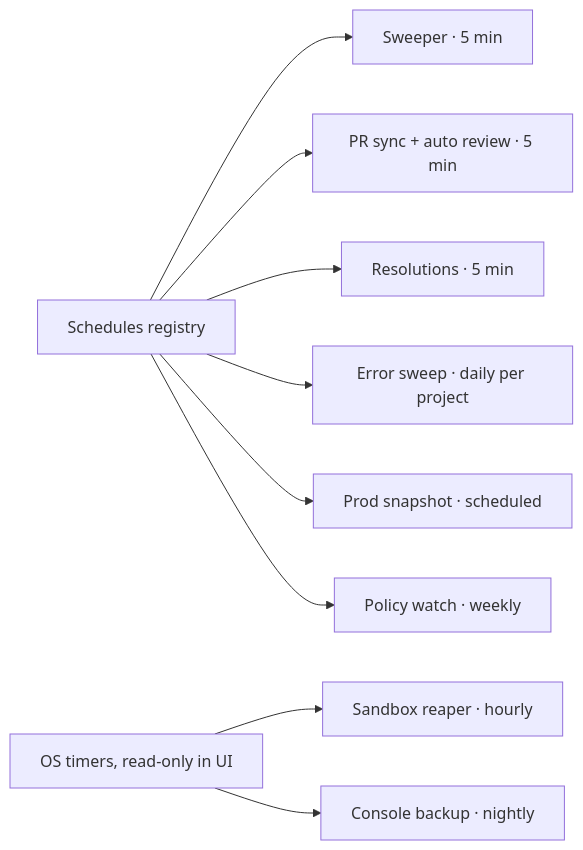
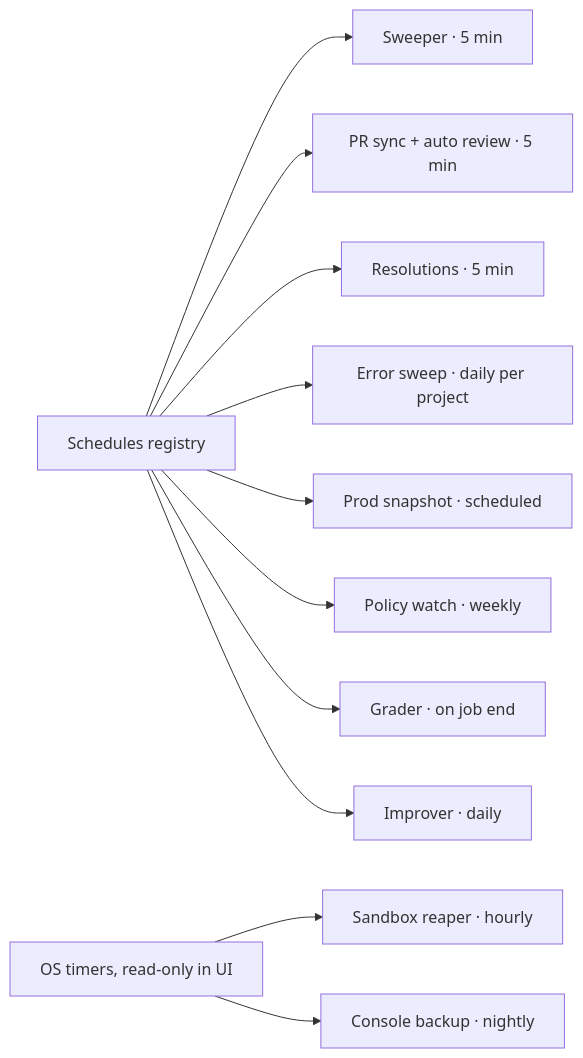
Before and after one commit to alairock/agent-console-spec: the first of 2 diagrams in docs/09-scheduled-work.md, drawn with Mermaid. The commit also changed other lines of this file and 15 other files, not shown here.

````diff
--- a/docs/09-scheduled-work.md
+++ b/docs/09-scheduled-work.md
@@ -22,11 +22,13 @@
 ```mermaid
 flowchart LR
   REG[Schedules registry] --> SW[Sweeper · 5 min]
   REG --> PR[PR sync + auto review · 5 min]
   REG --> RES[Resolutions · 5 min]
   REG --> ES[Error sweep · daily per project]
   REG --> SN[Prod snapshot · scheduled]
   REG --> PW[Policy watch · weekly]
+  REG --> GR[Grader · on job end]
+  REG --> IM[Improver · daily]
   OS[OS timers, read-only in UI] --> RP[Sandbox reaper · hourly]
   OS --> BK[Console backup · nightly]
 ```
````
